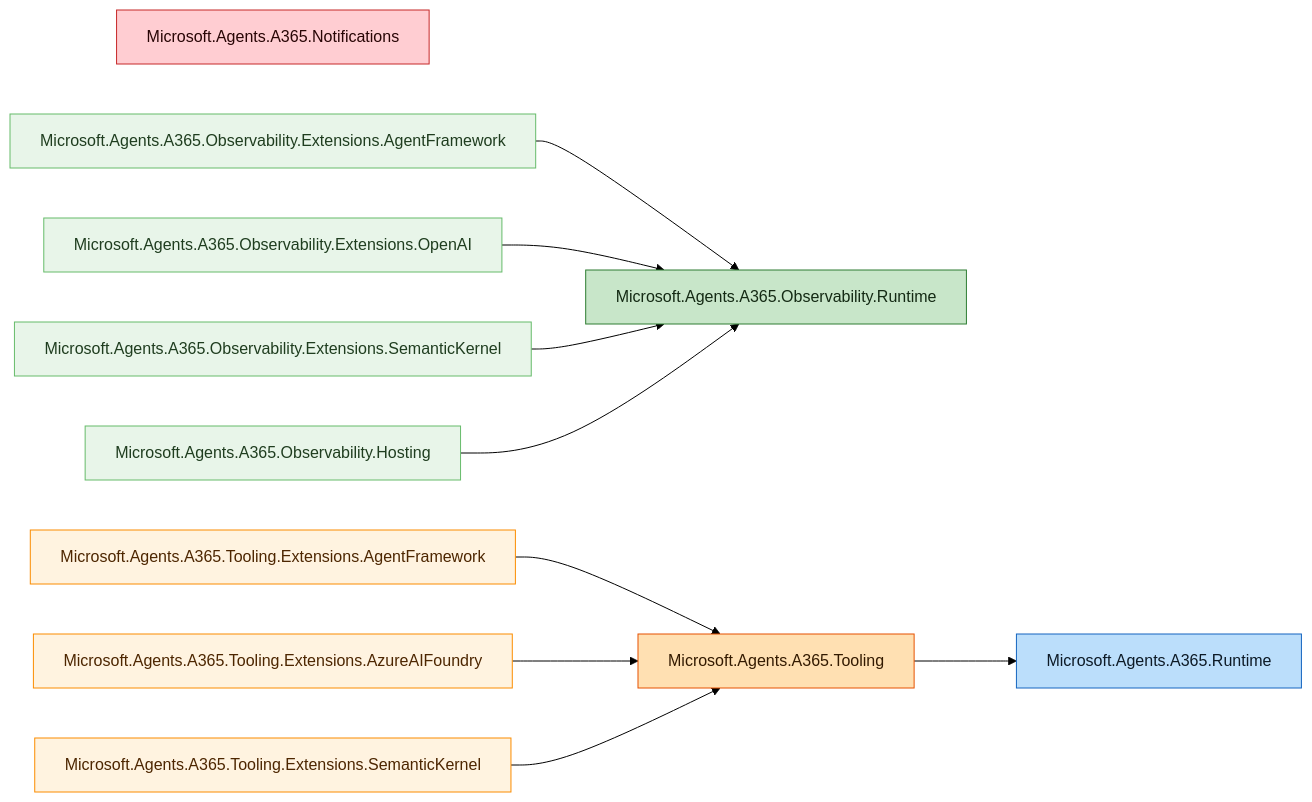
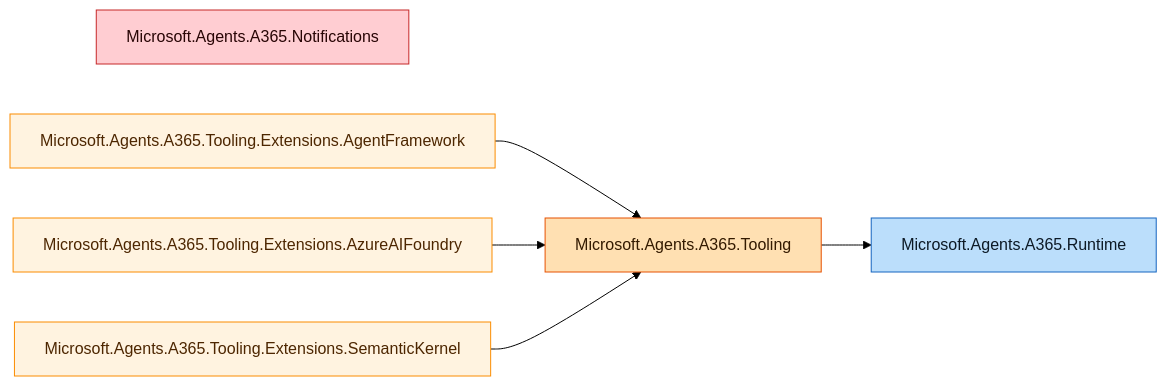
One commit to microsoft/Agent365-dotnet changed the diagram in DEPENDENCIES.md. Above: the diagram before and after it, drawn with Mermaid (forest theme). The commit also changed other lines of this file and 212 other files, not shown here.

First line of the commit message:
Retire Observability packages and document OpenTelemetry migration (#277)

````diff
--- a/DEPENDENCIES.md
+++ b/DEPENDENCIES.md
@@ -5,37 +5,24 @@
 ```mermaid
 graph LR
     Notifications["Microsoft.Agents.A365.Notifications"]
-    ObservabilityExtensionsAgentFramework["Microsoft.Agents.A365.Observability.Extensions.AgentFramework"]
-    ObservabilityExtensionsOpenAI["Microsoft.Agents.A365.Observability.Extensions.OpenAI"]
-    ObservabilityExtensionsSemanticKernel["Microsoft.Agents.A365.Observability.Extensions.SemanticKernel"]
-    ObservabilityHosting["Microsoft.Agents.A365.Observability.Hosting"]
-    ObservabilityRuntime["Microsoft.Agents.A365.Observability.Runtime"]
     Runtime["Microsoft.Agents.A365.Runtime"]
     Tooling["Microsoft.Agents.A365.Tooling"]
     ToolingExtensionsAgentFramework["Microsoft.Agents.A365.Tooling.Extensions.AgentFramework"]
     ToolingExtensionsAzureAIFoundry["Microsoft.Agents.A365.Tooling.Extensions.AzureAIFoundry"]
     ToolingExtensionsSemanticKernel["Microsoft.Agents.A365.Tooling.Extensions.SemanticKernel"]
 
-    ObservabilityExtensionsAgentFramework --> ObservabilityRuntime
-    ObservabilityExtensionsOpenAI --> ObservabilityRuntime
-    ObservabilityExtensionsSemanticKernel --> ObservabilityRuntime
-    ObservabilityHosting --> ObservabilityRuntime
     Tooling --> Runtime
     ToolingExtensionsAgentFramework --> Tooling
     ToolingExtensionsAzureAIFoundry --> Tooling
     ToolingExtensionsSemanticKernel --> Tooling
 
     classDef Notifications fill:#ffcdd2,stroke:#c62828,color:#280505
-    classDef Observability fill:#c8e6c9,stroke:#2e7d32,color:#142a14
-    classDef ObservabilityExtensions fill:#e8f5e9,stroke:#66bb6a,color:#1f3d1f
     classDef Runtime fill:#bbdefb,stroke:#1565c0,color:#0d1a26
     classDef Tooling fill:#ffe0b2,stroke:#e65100,color:#331a00
     classDef ToolingExtensions fill:#fff3e0,stroke:#fb8c00,color:#4d2600
 
     class Notifications Notifications
-    class ObservabilityRuntime Observability
-    class ObservabilityExtensionsAgentFramework,ObservabilityExtensionsSemanticKernel,ObservabilityHosting,ObservabilityExtensionsOpenAI ObservabilityExtensions
     class Runtime Runtime
     class Tooling Tooling
     class ToolingExtensionsAgentFramework,ToolingExtensionsAzureAIFoundry,ToolingExtensionsSemanticKernel ToolingExtensions
 ```
````
